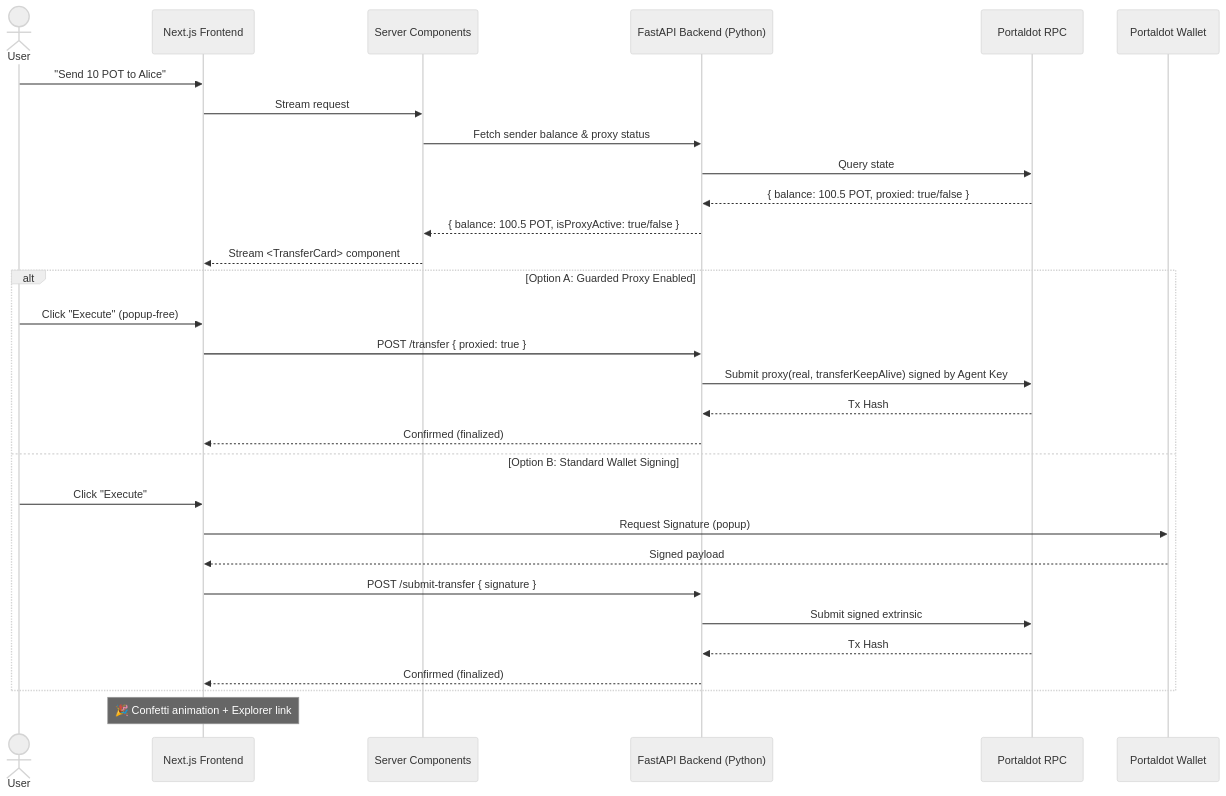
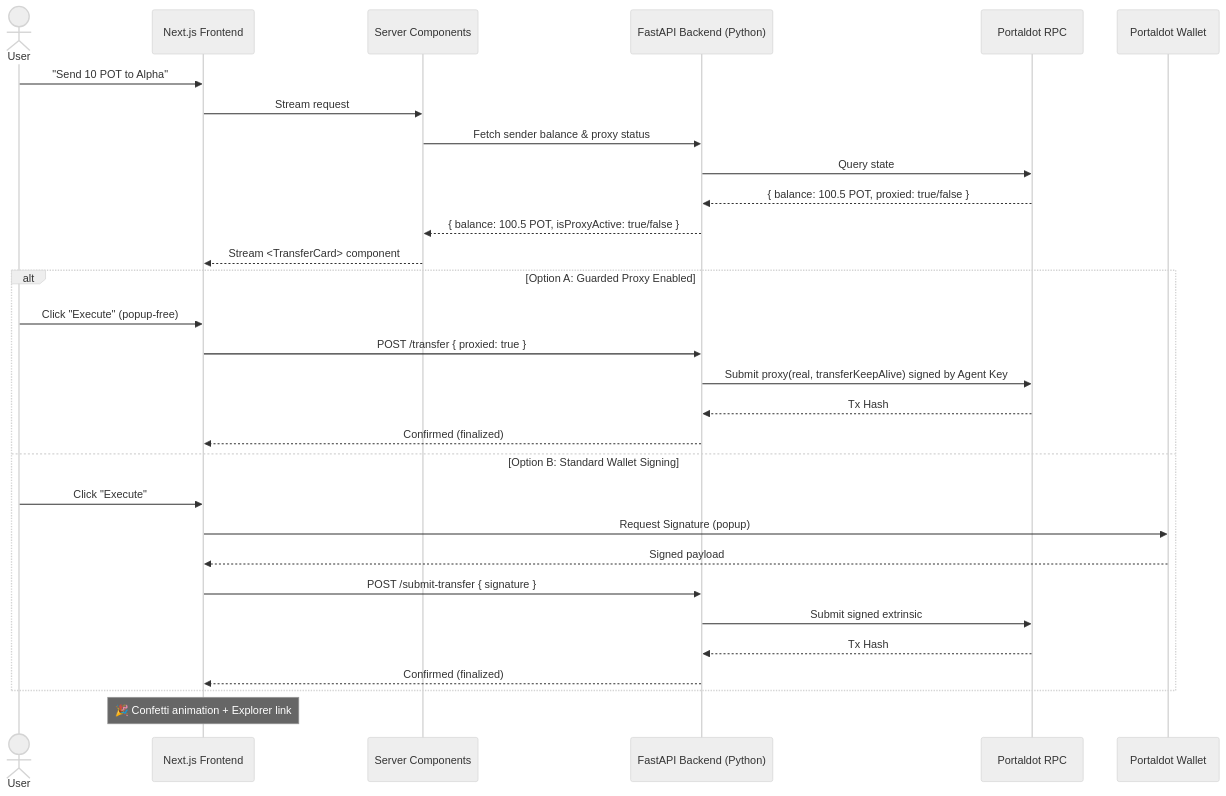
The second of 3 diagrams in README.md (edycutjong/portaldot-hackathon-2026-potdo-edycu), drawn with Mermaid (neutral theme) before and after one commit. The commit also changed other lines of this file and 29 other files, not shown here.

````diff
--- a/README.md
+++ b/README.md
@@ -162,34 +162,34 @@
 ```mermaid
 sequenceDiagram
     actor User
     participant UI as Next.js Frontend
     participant RSC as Server Components
     participant API as FastAPI Backend (Python)
     participant RPC as Portaldot RPC
     participant Wallet as Portaldot Wallet
 
-    User->>UI: "Send 10 POT to Alice"
+    User->>UI: "Send 10 POT to Alpha"
     UI->>RSC: Stream request
     RSC->>API: Fetch sender balance & proxy status
     API->>RPC: Query state
     RPC-->>API: { balance: 100.5 POT, proxied: true/false }
     API-->>RSC: { balance: 100.5 POT, isProxyActive: true/false }
     RSC-->>UI: Stream <TransferCard> component
     
     alt Option A: Guarded Proxy Enabled
         User->>UI: Click "Execute" (popup-free)
         UI->>API: POST /transfer { proxied: true }
         API->>RPC: Submit proxy(real, transferKeepAlive) signed by Agent Key
         RPC-->>API: Tx Hash
         API-->>UI: Confirmed (finalized)
     else Option B: Standard Wallet Signing
         User->>UI: Click "Execute"
         UI->>Wallet: Request Signature (popup)
         Wallet-->>UI: Signed payload
         UI->>API: POST /submit-transfer { signature }
         API->>RPC: Submit signed extrinsic
         RPC-->>API: Tx Hash
         API-->>UI: Confirmed (finalized)
     end
     Note over UI: 🎉 Confetti animation + Explorer link
 ```
````
